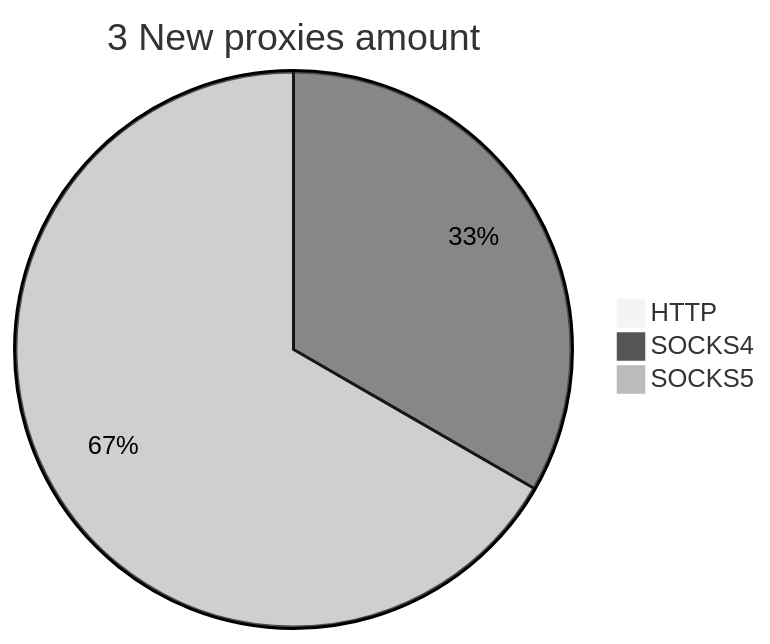
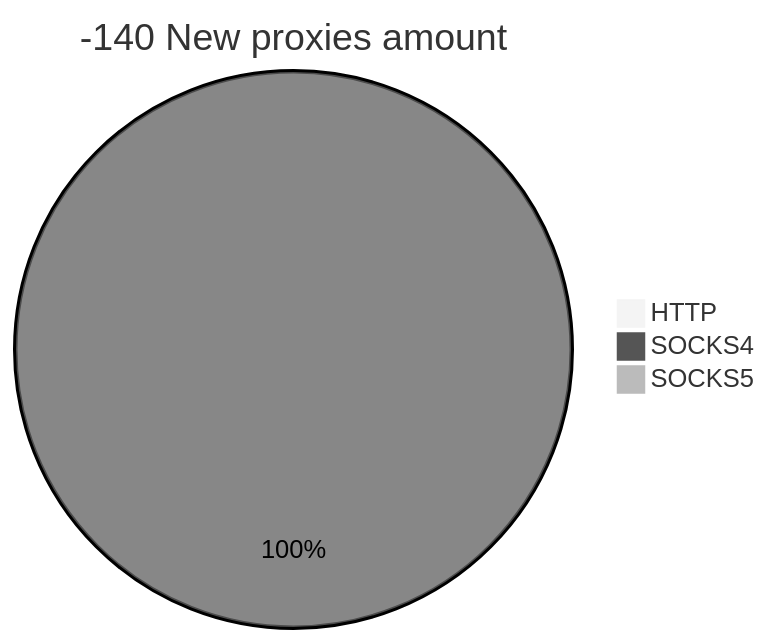
One commit to cutipu/proxylist changed the second of 2 diagrams in README.md. Above: the diagram before and after it, drawn with Mermaid (neutral theme). The commit also changed other lines of this file, not shown here.

````diff
--- a/README.md
+++ b/README.md
@@ -10,6 +10,6 @@
 ```mermaid
-pie title 3 New proxies amount
+pie title -140 New proxies amount
     "HTTP" : 0
     "SOCKS4" : 1
-    "SOCKS5" : 2
+    "SOCKS5" : 0
 ```
````
